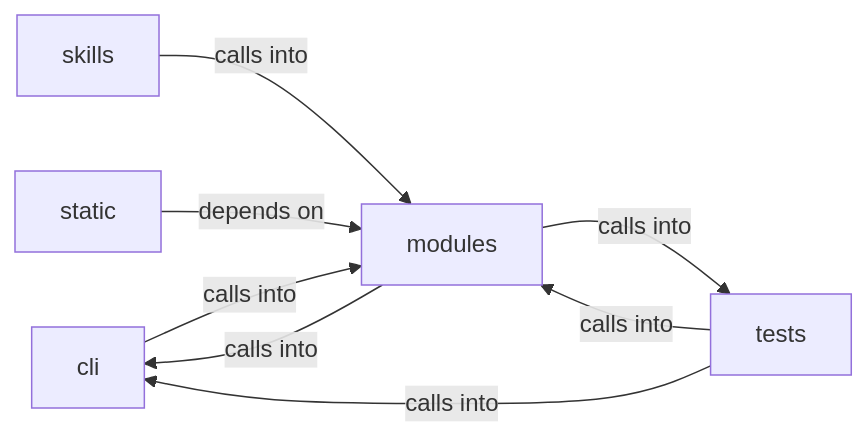
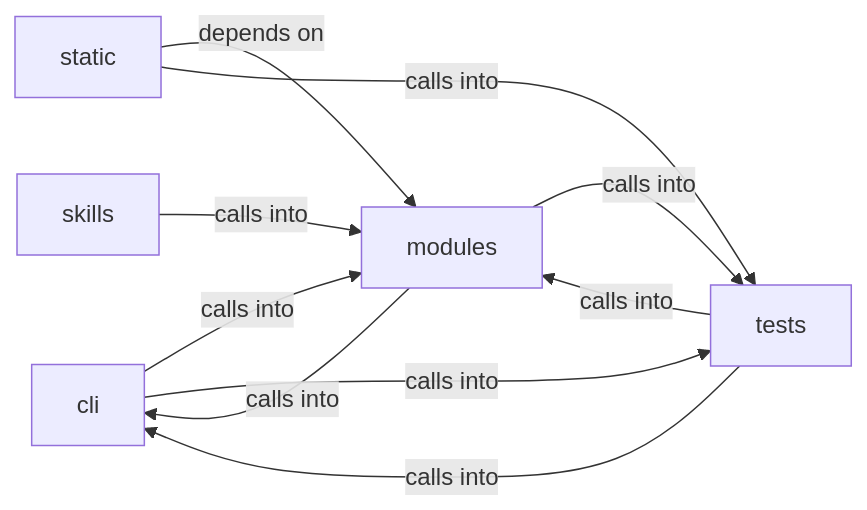
The diagram in readmenator-diagrams/modules_chain_runner.md (grisuno/LazyOwn), drawn with Mermaid before and after one commit. The commit also changed other lines of this file and 464 other files, not shown here.

````diff
--- a/readmenator-diagrams/modules_chain_runner.md
+++ b/readmenator-diagrams/modules_chain_runner.md
@@ -5,15 +5,17 @@
 ```mermaid
 graph LR
     cli["cli"]
     modules["modules"]
     skills["skills"]
     static["static"]
     tests["tests"]
     cli -- "calls into" --> modules
+    cli -- "calls into" --> tests
     modules -- "calls into" --> cli
     modules -- "calls into" --> tests
     skills -- "calls into" --> modules
     static -- "depends on" --> modules
+    static -- "calls into" --> tests
     tests -- "calls into" --> cli
     tests -- "calls into" --> modules
 ```
````
